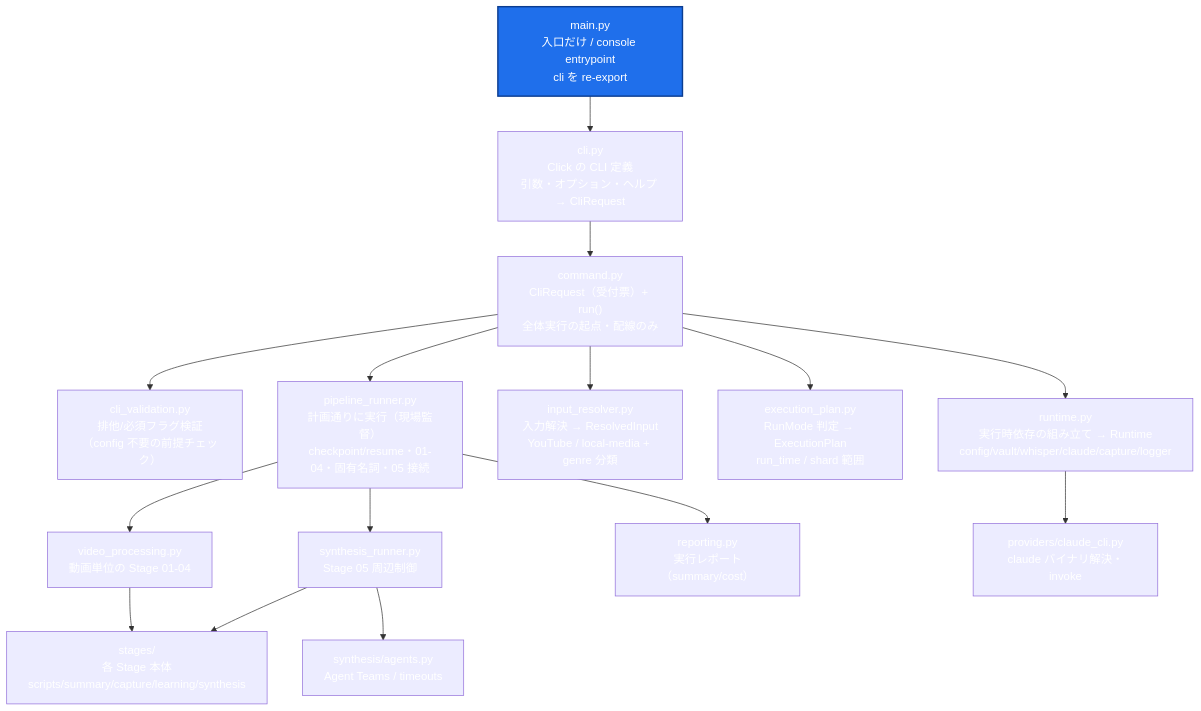
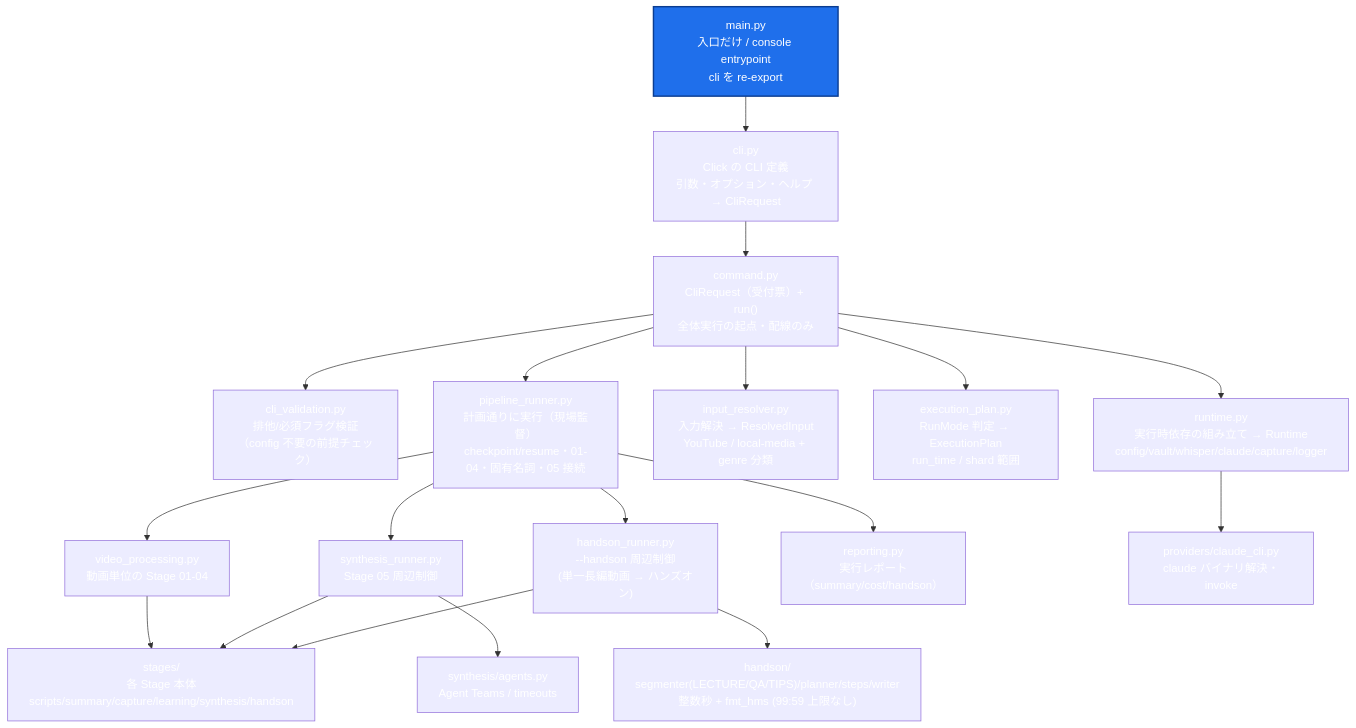
The diagram in docs/main-architecture.md (theosera/pipeline-youtube), drawn with Mermaid before and after one commit. The commit also changed other lines of this file and 13 other files, not shown here.

````diff
--- a/docs/main-architecture.md
+++ b/docs/main-architecture.md
@@ -28,30 +28,33 @@
 ```mermaid
 flowchart TD
     MAIN["main.py<br/>入口だけ / console entrypoint<br/>cli を re-export"]
     CLI["cli.py<br/>Click の CLI 定義<br/>引数・オプション・ヘルプ → CliRequest"]
     CMD["command.py<br/>CliRequest（受付票）+ run()<br/>全体実行の起点・配線のみ"]
 
     VALID["cli_validation.py<br/>排他/必須フラグ検証<br/>（config 不要の前提チェック）"]
     RUNTIME["runtime.py<br/>実行時依存の組み立て → Runtime<br/>config/vault/whisper/claude/capture/logger"]
     INPUT["input_resolver.py<br/>入力解決 → ResolvedInput<br/>YouTube / local-media + genre 分類"]
     PLAN["execution_plan.py<br/>RunMode 判定 → ExecutionPlan<br/>run_time / shard 範囲"]
     RUNNER["pipeline_runner.py<br/>計画通りに実行（現場監督）<br/>checkpoint/resume・01-04・固有名詞・05 接続"]
 
     VIDEO["video_processing.py<br/>動画単位の Stage 01-04"]
     SYNTH_RUN["synthesis_runner.py<br/>Stage 05 周辺制御"]
-    REPORT["reporting.py<br/>実行レポート（summary/cost）"]
+    HANDSON_RUN["handson_runner.py<br/>--handson 周辺制御<br/>(単一長編動画 → ハンズオン)"]
+    REPORT["reporting.py<br/>実行レポート（summary/cost/handson）"]
 
-    STAGES["stages/<br/>各 Stage 本体<br/>scripts/summary/capture/learning/synthesis"]
+    STAGES["stages/<br/>各 Stage 本体<br/>scripts/summary/capture/learning/synthesis/handson"]
     SYNAGENTS["synthesis/agents.py<br/>Agent Teams / timeouts"]
+    HANDSONPKG["handson/<br/>segmenter(LECTURE/QA/TIPS)/planner/steps/writer<br/>整数秒 + fmt_hms (99:59 上限なし)"]
     PROVIDERS["providers/claude_cli.py<br/>claude バイナリ解決・invoke"]
 
     MAIN --> CLI --> CMD
     CMD --> VALID & RUNTIME & INPUT & PLAN & RUNNER
-    RUNNER --> VIDEO & SYNTH_RUN & REPORT
+    RUNNER --> VIDEO & SYNTH_RUN & HANDSON_RUN & REPORT
     VIDEO --> STAGES
     SYNTH_RUN --> STAGES & SYNAGENTS
+    HANDSON_RUN --> STAGES & HANDSONPKG
     RUNTIME --> PROVIDERS
 
     classDef root fill:#1f6feb,color:#fff,stroke:#0b3d91,stroke-width:2px;
     class MAIN root;
 ```
````
